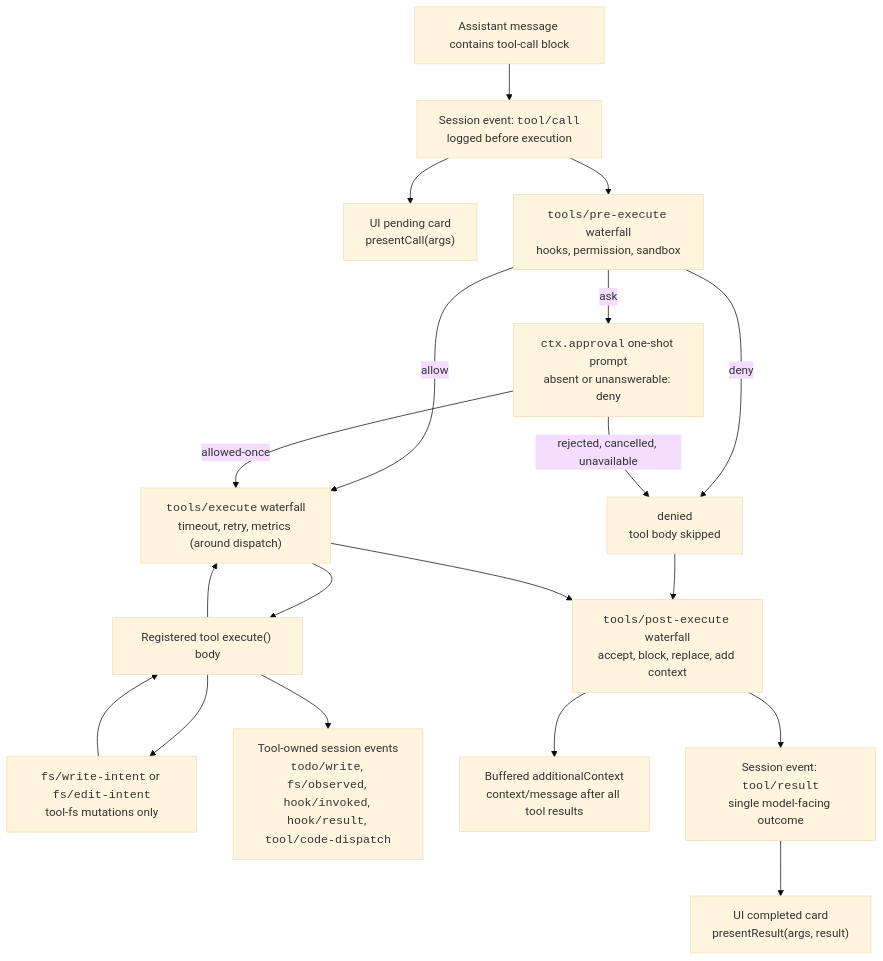
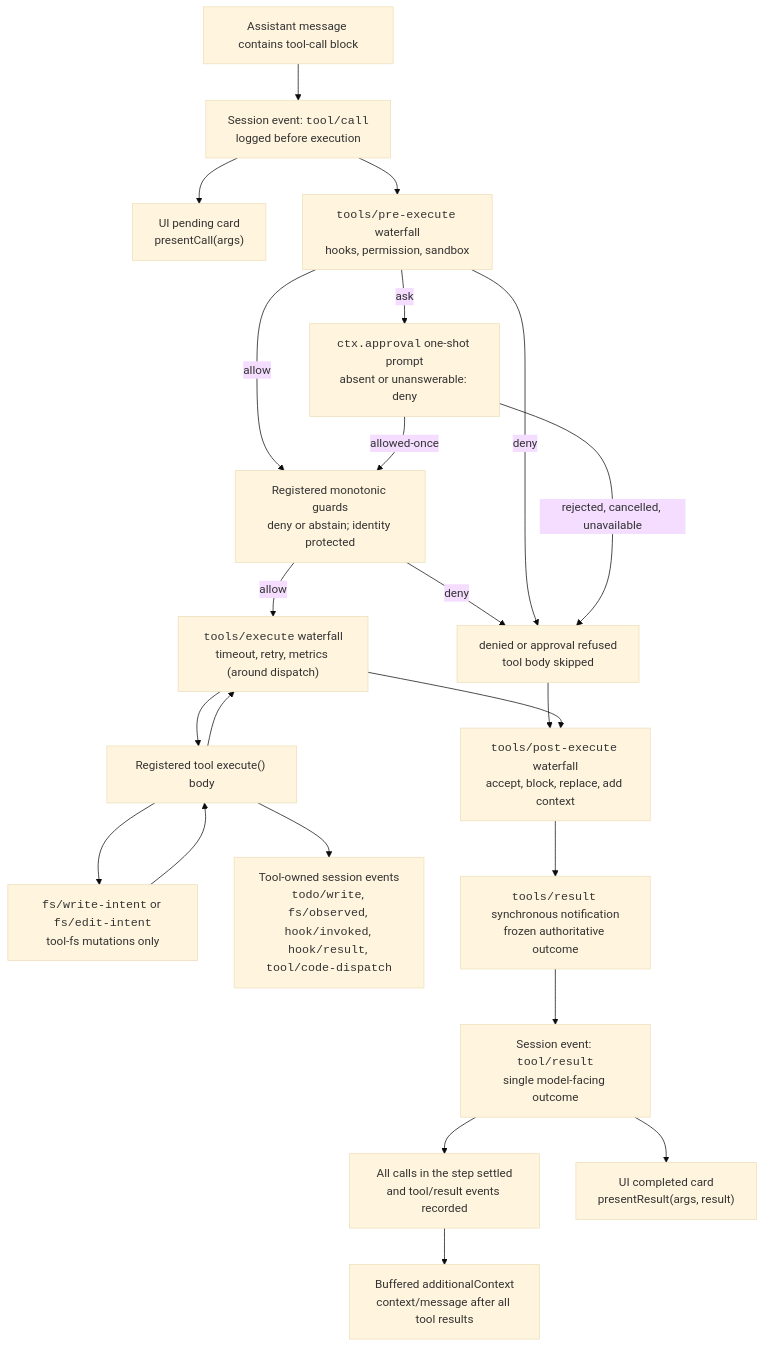
The diagram in docs/tool-execution-pipeline.md (eru123/coco-harness), drawn with Mermaid (base theme) before and after one commit. The commit also changed other lines of this file and 239 other files, not shown here.

````diff
--- a/docs/tool-execution-pipeline.md
+++ b/docs/tool-execution-pipeline.md
@@ -8,35 +8,42 @@
 ```mermaid
 flowchart TD
   model["Assistant message contains tool-call block"]
   toolCall["Session event: <code>tool/call</code><br/>logged before execution"]
   presentCall["UI pending card<br/>presentCall(args)"]
   pre["<code>tools/pre-execute</code> waterfall<br/>hooks, permission, sandbox"]
-  denied["denied<br/>tool body skipped"]
+  guards["Registered monotonic guards<br/>deny or abstain; identity protected"]
+  denied["denied or approval refused<br/>tool body skipped"]
   approval["<code>ctx.approval</code> one-shot prompt<br/>absent or unanswerable: deny"]
   around["<code>tools/execute</code> waterfall<br/>timeout, retry, metrics (around dispatch)"]
   toolBody["Registered tool execute() body"]
   fsGate["<code>fs/write-intent</code> or <code>fs/edit-intent</code><br/>tool-fs mutations only"]
   owned["Tool-owned session events<br/><code>todo/write</code>, <code>fs/observed</code>, <code>hook/invoked</code>, <code>hook/result</code>, <code>tool/code-dispatch</code>"]
   post["<code>tools/post-execute</code> waterfall<br/>accept, block, replace, add context"]
+  final["<code>tools/result</code> synchronous notification<br/>frozen authoritative outcome"]
   context["Buffered additionalContext<br/>context/message after all tool results"]
   toolResult["Session event: <code>tool/result</code><br/>single model-facing outcome"]
+  allResults["All calls in the step settled<br/>and tool/result events recorded"]
   presentResult["UI completed card<br/>presentResult(args, result)"]
   model --> toolCall
   toolCall --> presentCall
   toolCall --> pre
-  pre -->|allow| around
+  pre -->|allow| guards
+  guards -->|allow| around
+  guards -->|deny| denied
   around --> toolBody
   pre -->|deny| denied
   pre -->|ask| approval
-  approval -->|allowed-once| around
+  approval -->|allowed-once| guards
   approval -->|rejected, cancelled, unavailable| denied
   denied --> post
   toolBody --> fsGate
   fsGate --> toolBody
   toolBody --> owned
   toolBody --> around
   around --> post
-  post --> context
-  post --> toolResult
+  post --> final
+  final --> toolResult
   toolResult --> presentResult
+  toolResult --> allResults
+  allResults --> context
 ```
````
